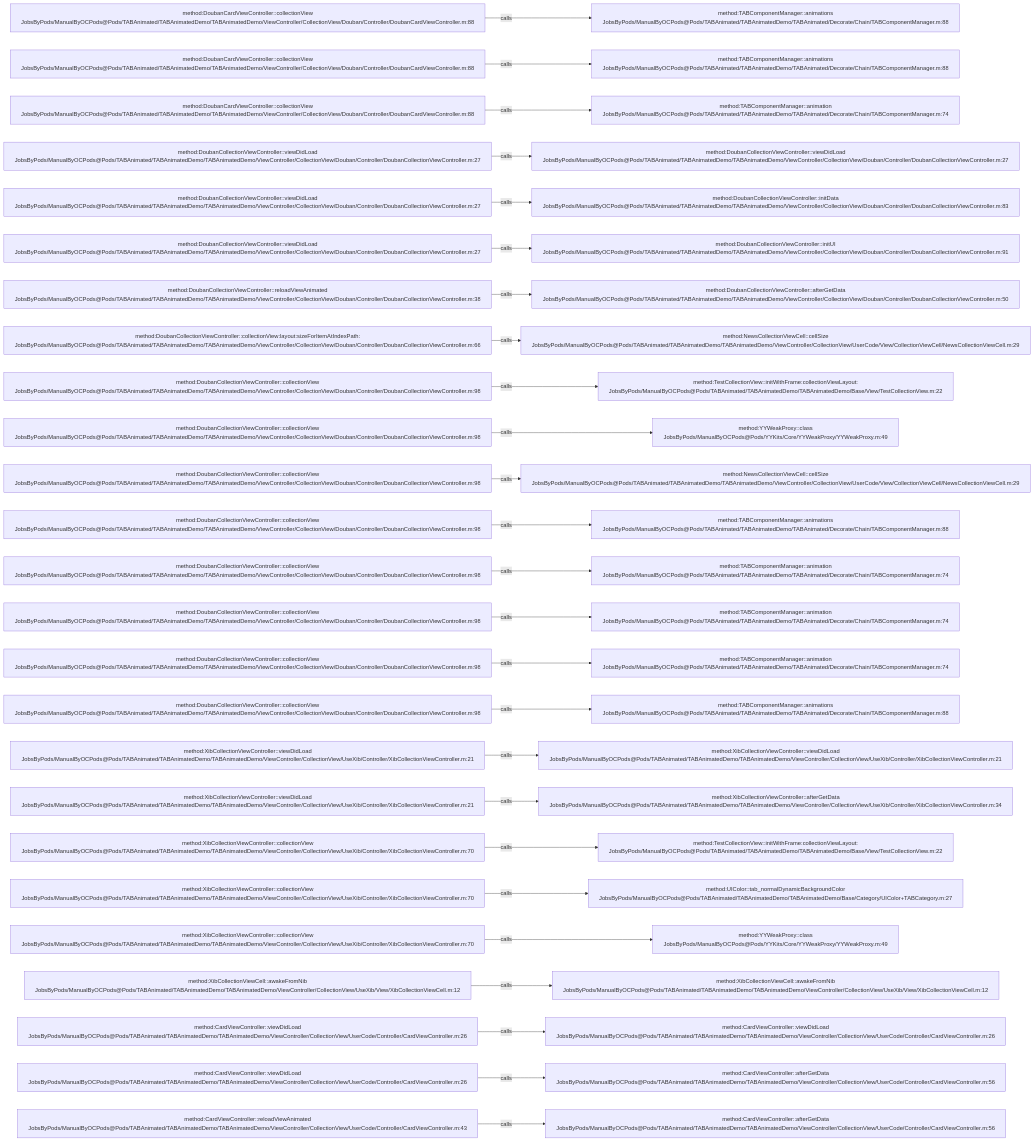
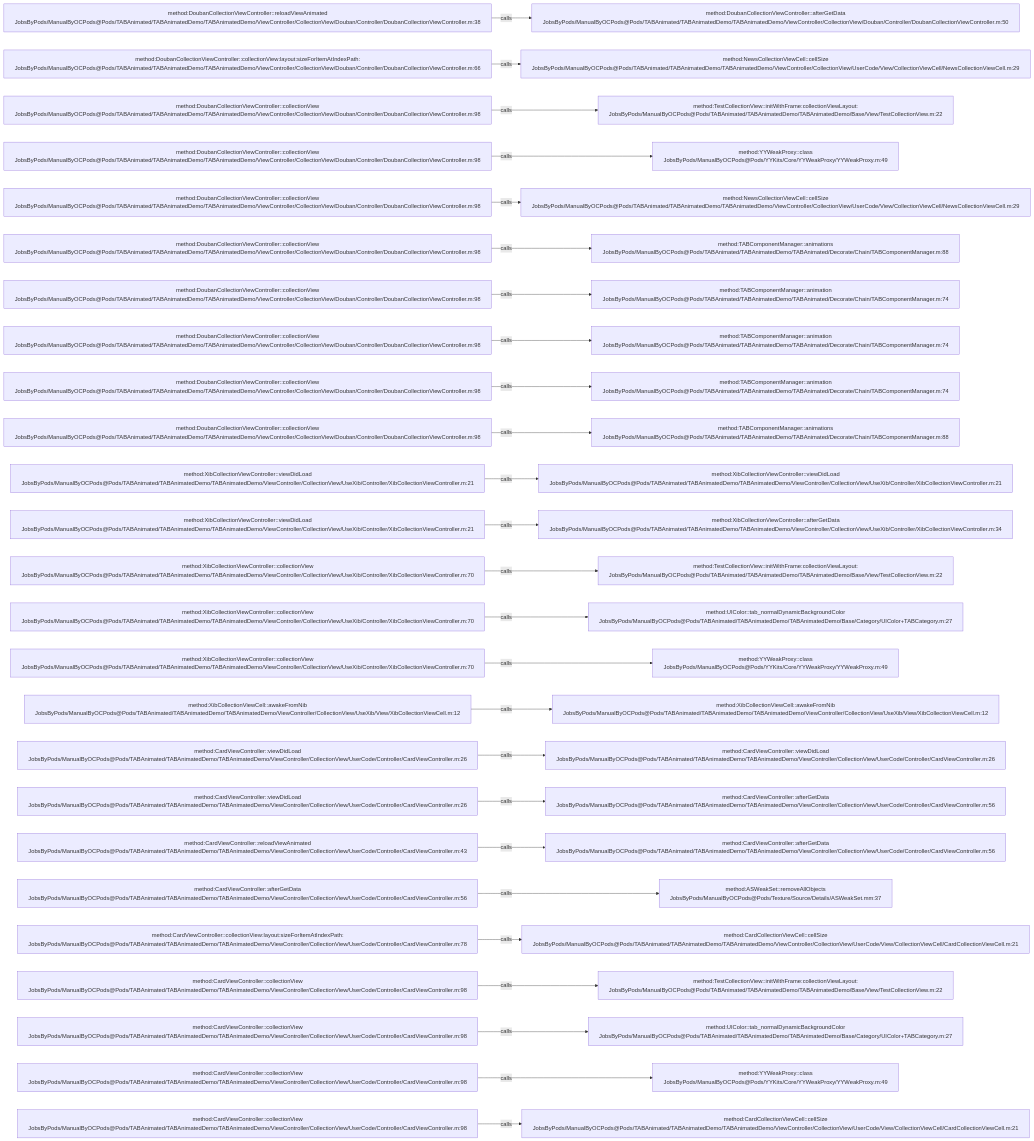
One commit to JobsKits/JobsOCBaseConfigDemo changed the diagram in .codegraph/codegraph.md/graphs/calls-041.md. Above: the diagram before and after it, drawn with Mermaid. The commit also changed 666 other files, not shown here.

````diff
--- a/.codegraph/codegraph.md/graphs/calls-041.md
+++ b/.codegraph/codegraph.md/graphs/calls-041.md
@@ -13,78 +13,78 @@
 ```mermaid
 flowchart LR
-  S1["method:DoubanCardViewController::collectionView<br/>JobsByPods/ManualByOCPods@Pods/TABAnimated/TABAnimatedDemo/TABAnimatedDemo/ViewController/CollectionView/Douban/Controller/DoubanCardViewController.m:88"]
-  T1["method:TABComponentManager::animations<br/>JobsByPods/ManualByOCPods@Pods/TABAnimated/TABAnimatedDemo/TABAnimated/Decorate/Chain/TABComponentManager.m:88"]
+  S1["method:DoubanCollectionViewController::reloadViewAnimated<br/>JobsByPods/ManualByOCPods@Pods/TABAnimated/TABAnimatedDemo/TABAnimatedDemo/ViewController/CollectionView/Douban/Controller/DoubanCollectionViewController.m:38"]
+  T1["method:DoubanCollectionViewController::afterGetData<br/>JobsByPods/ManualByOCPods@Pods/TABAnimated/TABAnimatedDemo/TABAnimatedDemo/ViewController/CollectionView/Douban/Controller/DoubanCollectionViewController.m:50"]
   S1 -->|calls| T1
-  S2["method:DoubanCardViewController::collectionView<br/>JobsByPods/ManualByOCPods@Pods/TABAnimated/TABAnimatedDemo/TABAnimatedDemo/ViewController/CollectionView/Douban/Controller/DoubanCardViewController.m:88"]
-  T2["method:TABComponentManager::animations<br/>JobsByPods/ManualByOCPods@Pods/TABAnimated/TABAnimatedDemo/TABAnimated/Decorate/Chain/TABComponentManager.m:88"]
+  S2["method:DoubanCollectionViewController::collectionView:layout:sizeForItemAtIndexPath:<br/>JobsByPods/ManualByOCPods@Pods/TABAnimated/TABAnimatedDemo/TABAnimatedDemo/ViewController/CollectionView/Douban/Controller/DoubanCollectionViewController.m:66"]
+  T2["method:NewsCollectionViewCell::cellSize<br/>JobsByPods/ManualByOCPods@Pods/TABAnimated/TABAnimatedDemo/TABAnimatedDemo/ViewController/CollectionView/UserCode/View/CollectionViewCell/NewsCollectionViewCell.m:29"]
   S2 -->|calls| T2
-  S3["method:DoubanCardViewController::collectionView<br/>JobsByPods/ManualByOCPods@Pods/TABAnimated/TABAnimatedDemo/TABAnimatedDemo/ViewController/CollectionView/Douban/Controller/DoubanCardViewController.m:88"]
-  T3["method:TABComponentManager::animation<br/>JobsByPods/ManualByOCPods@Pods/TABAnimated/TABAnimatedDemo/TABAnimated/Decorate/Chain/TABComponentManager.m:74"]
+  S3["method:DoubanCollectionViewController::collectionView<br/>JobsByPods/ManualByOCPods@Pods/TABAnimated/TABAnimatedDemo/TABAnimatedDemo/ViewController/CollectionView/Douban/Controller/DoubanCollectionViewController.m:98"]
+  T3["method:TestCollectionView::initWithFrame:collectionViewLayout:<br/>JobsByPods/ManualByOCPods@Pods/TABAnimated/TABAnimatedDemo/TABAnimatedDemo/Base/View/TestCollectionView.m:22"]
   S3 -->|calls| T3
-  S4["method:DoubanCollectionViewController::viewDidLoad<br/>JobsByPods/ManualByOCPods@Pods/TABAnimated/TABAnimatedDemo/TABAnimatedDemo/ViewController/CollectionView/Douban/Controller/DoubanCollectionViewController.m:27"]
-  T4["method:DoubanCollectionViewController::viewDidLoad<br/>JobsByPods/ManualByOCPods@Pods/TABAnimated/TABAnimatedDemo/TABAnimatedDemo/ViewController/CollectionView/Douban/Controller/DoubanCollectionViewController.m:27"]
+  S4["method:DoubanCollectionViewController::collectionView<br/>JobsByPods/ManualByOCPods@Pods/TABAnimated/TABAnimatedDemo/TABAnimatedDemo/ViewController/CollectionView/Douban/Controller/DoubanCollectionViewController.m:98"]
+  T4["method:YYWeakProxy::class<br/>JobsByPods/ManualByOCPods@Pods/YYKits/Core/YYWeakProxy/YYWeakProxy.m:49"]
   S4 -->|calls| T4
-  S5["method:DoubanCollectionViewController::viewDidLoad<br/>JobsByPods/ManualByOCPods@Pods/TABAnimated/TABAnimatedDemo/TABAnimatedDemo/ViewController/CollectionView/Douban/Controller/DoubanCollectionViewController.m:27"]
-  T5["method:DoubanCollectionViewController::initData<br/>JobsByPods/ManualByOCPods@Pods/TABAnimated/TABAnimatedDemo/TABAnimatedDemo/ViewController/CollectionView/Douban/Controller/DoubanCollectionViewController.m:83"]
+  S5["method:DoubanCollectionViewController::collectionView<br/>JobsByPods/ManualByOCPods@Pods/TABAnimated/TABAnimatedDemo/TABAnimatedDemo/ViewController/CollectionView/Douban/Controller/DoubanCollectionViewController.m:98"]
+  T5["method:NewsCollectionViewCell::cellSize<br/>JobsByPods/ManualByOCPods@Pods/TABAnimated/TABAnimatedDemo/TABAnimatedDemo/ViewController/CollectionView/UserCode/View/CollectionViewCell/NewsCollectionViewCell.m:29"]
   S5 -->|calls| T5
-  S6["method:DoubanCollectionViewController::viewDidLoad<br/>JobsByPods/ManualByOCPods@Pods/TABAnimated/TABAnimatedDemo/TABAnimatedDemo/ViewController/CollectionView/Douban/Controller/DoubanCollectionViewController.m:27"]
-  T6["method:DoubanCollectionViewController::initUI<br/>JobsByPods/ManualByOCPods@Pods/TABAnimated/TABAnimatedDemo/TABAnimatedDemo/ViewController/CollectionView/Douban/Controller/DoubanCollectionViewController.m:91"]
+  S6["method:DoubanCollectionViewController::collectionView<br/>JobsByPods/ManualByOCPods@Pods/TABAnimated/TABAnimatedDemo/TABAnimatedDemo/ViewController/CollectionView/Douban/Controller/DoubanCollectionViewController.m:98"]
+  T6["method:TABComponentManager::animations<br/>JobsByPods/ManualByOCPods@Pods/TABAnimated/TABAnimatedDemo/TABAnimated/Decorate/Chain/TABComponentManager.m:88"]
   S6 -->|calls| T6
-  S7["method:DoubanCollectionViewController::reloadViewAnimated<br/>JobsByPods/ManualByOCPods@Pods/TABAnimated/TABAnimatedDemo/TABAnimatedDemo/ViewController/CollectionView/Douban/Controller/DoubanCollectionViewController.m:38"]
-  T7["method:DoubanCollectionViewController::afterGetData<br/>JobsByPods/ManualByOCPods@Pods/TABAnimated/TABAnimatedDemo/TABAnimatedDemo/ViewController/CollectionView/Douban/Controller/DoubanCollectionViewController.m:50"]
+  S7["method:DoubanCollectionViewController::collectionView<br/>JobsByPods/ManualByOCPods@Pods/TABAnimated/TABAnimatedDemo/TABAnimatedDemo/ViewController/CollectionView/Douban/Controller/DoubanCollectionViewController.m:98"]
+  T7["method:TABComponentManager::animation<br/>JobsByPods/ManualByOCPods@Pods/TABAnimated/TABAnimatedDemo/TABAnimated/Decorate/Chain/TABComponentManager.m:74"]
   S7 -->|calls| T7
-  S8["method:DoubanCollectionViewController::collectionView:layout:sizeForItemAtIndexPath:<br/>JobsByPods/ManualByOCPods@Pods/TABAnimated/TABAnimatedDemo/TABAnimatedDemo/ViewController/CollectionView/Douban/Controller/DoubanCollectionViewController.m:66"]
-  T8["method:NewsCollectionViewCell::cellSize<br/>JobsByPods/ManualByOCPods@Pods/TABAnimated/TABAnimatedDemo/TABAnimatedDemo/ViewController/CollectionView/UserCode/View/CollectionViewCell/NewsCollectionViewCell.m:29"]
+  S8["method:DoubanCollectionViewController::collectionView<br/>JobsByPods/ManualByOCPods@Pods/TABAnimated/TABAnimatedDemo/TABAnimatedDemo/ViewController/CollectionView/Douban/Controller/DoubanCollectionViewController.m:98"]
+  T8["method:TABComponentManager::animation<br/>JobsByPods/ManualByOCPods@Pods/TABAnimated/TABAnimatedDemo/TABAnimated/Decorate/Chain/TABComponentManager.m:74"]
   S8 -->|calls| T8
   S9["method:DoubanCollectionViewController::collectionView<br/>JobsByPods/ManualByOCPods@Pods/TABAnimated/TABAnimatedDemo/TABAnimatedDemo/ViewController/CollectionView/Douban/Controller/DoubanCollectionViewController.m:98"]
-  T9["method:TestCollectionView::initWithFrame:collectionViewLayout:<br/>JobsByPods/ManualByOCPods@Pods/TABAnimated/TABAnimatedDemo/TABAnimatedDemo/Base/View/TestCollectionView.m:22"]
+  T9["method:TABComponentManager::animation<br/>JobsByPods/ManualByOCPods@Pods/TABAnimated/TABAnimatedDemo/TABAnimated/Decorate/Chain/TABComponentManager.m:74"]
   S9 -->|calls| T9
   S10["method:DoubanCollectionViewController::collectionView<br/>JobsByPods/ManualByOCPods@Pods/TABAnimated/TABAnimatedDemo/TABAnimatedDemo/ViewController/CollectionView/Douban/Controller/DoubanCollectionViewController.m:98"]
-  T10["method:YYWeakProxy::class<br/>JobsByPods/ManualByOCPods@Pods/YYKits/Core/YYWeakProxy/YYWeakProxy.m:49"]
+  T10["method:TABComponentManager::animations<br/>JobsByPods/ManualByOCPods@Pods/TABAnimated/TABAnimatedDemo/TABAnimated/Decorate/Chain/TABComponentManager.m:88"]
   S10 -->|calls| T10
-  S11["method:DoubanCollectionViewController::collectionView<br/>JobsByPods/ManualByOCPods@Pods/TABAnimated/TABAnimatedDemo/TABAnimatedDemo/ViewController/CollectionView/Douban/Controller/DoubanCollectionViewController.m:98"]
-  T11["method:NewsCollectionViewCell::cellSize<br/>JobsByPods/ManualByOCPods@Pods/TABAnimated/TABAnimatedDemo/TABAnimatedDemo/ViewController/CollectionView/UserCode/View/CollectionViewCell/NewsCollectionViewCell.m:29"]
+  S11["method:XibCollectionViewController::viewDidLoad<br/>JobsByPods/ManualByOCPods@Pods/TABAnimated/TABAnimatedDemo/TABAnimatedDemo/ViewController/CollectionView/UseXib/Controller/XibCollectionViewController.m:21"]
+  T11["method:XibCollectionViewController::viewDidLoad<br/>JobsByPods/ManualByOCPods@Pods/TABAnimated/TABAnimatedDemo/TABAnimatedDemo/ViewController/CollectionView/UseXib/Controller/XibCollectionViewController.m:21"]
   S11 -->|calls| T11
-  S12["method:DoubanCollectionViewController::collectionView<br/>JobsByPods/ManualByOCPods@Pods/TABAnimated/TABAnimatedDemo/TABAnimatedDemo/ViewController/CollectionView/Douban/Controller/DoubanCollectionViewController.m:98"]
-  T12["method:TABComponentManager::animations<br/>JobsByPods/ManualByOCPods@Pods/TABAnimated/TABAnimatedDemo/TABAnimated/Decorate/Chain/TABComponentManager.m:88"]
+  S12["method:XibCollectionViewController::viewDidLoad<br/>JobsByPods/ManualByOCPods@Pods/TABAnimated/TABAnimatedDemo/TABAnimatedDemo/ViewController/CollectionView/UseXib/Controller/XibCollectionViewController.m:21"]
+  T12["method:XibCollectionViewController::afterGetData<br/>JobsByPods/ManualByOCPods@Pods/TABAnimated/TABAnimatedDemo/TABAnimatedDemo/ViewController/CollectionView/UseXib/Controller/XibCollectionViewController.m:34"]
   S12 -->|calls| T12
-  S13["method:DoubanCollectionViewController::collectionView<br/>JobsByPods/ManualByOCPods@Pods/TABAnimated/TABAnimatedDemo/TABAnimatedDemo/ViewController/CollectionView/Douban/Controller/DoubanCollectionViewController.m:98"]
-  T13["method:TABComponentManager::animation<br/>JobsByPods/ManualByOCPods@Pods/TABAnimated/TABAnimatedDemo/TABAnimated/Decorate/Chain/TABComponentManager.m:74"]
+  S13["method:XibCollectionViewController::collectionView<br/>JobsByPods/ManualByOCPods@Pods/TABAnimated/TABAnimatedDemo/TABAnimatedDemo/ViewController/CollectionView/UseXib/Controller/XibCollectionViewController.m:70"]
+  T13["method:TestCollectionView::initWithFrame:collectionViewLayout:<br/>JobsByPods/ManualByOCPods@Pods/TABAnimated/TABAnimatedDemo/TABAnimatedDemo/Base/View/TestCollectionView.m:22"]
   S13 -->|calls| T13
-  S14["method:DoubanCollectionViewController::collectionView<br/>JobsByPods/ManualByOCPods@Pods/TABAnimated/TABAnimatedDemo/TABAnimatedDemo/ViewController/CollectionView/Douban/Controller/DoubanCollectionViewController.m:98"]
-  T14["method:TABComponentManager::animation<br/>JobsByPods/ManualByOCPods@Pods/TABAnimated/TABAnimatedDemo/TABAnimated/Decorate/Chain/TABComponentManager.m:74"]
+  S14["method:XibCollectionViewController::collectionView<br/>JobsByPods/ManualByOCPods@Pods/TABAnimated/TABAnimatedDemo/TABAnimatedDemo/ViewController/CollectionView/UseXib/Controller/XibCollectionViewController.m:70"]
+  T14["method:UIColor::tab_normalDynamicBackgroundColor<br/>JobsByPods/ManualByOCPods@Pods/TABAnimated/TABAnimatedDemo/TABAnimatedDemo/Base/Category/UIColor+TABCategory.m:27"]
   S14 -->|calls| T14
-  S15["method:DoubanCollectionViewController::collectionView<br/>JobsByPods/ManualByOCPods@Pods/TABAnimated/TABAnimatedDemo/TABAnimatedDemo/ViewController/CollectionView/Douban/Controller/DoubanCollectionViewController.m:98"]
-  T15["method:TABComponentManager::animation<br/>JobsByPods/ManualByOCPods@Pods/TABAnimated/TABAnimatedDemo/TABAnimated/Decorate/Chain/TABComponentManager.m:74"]
+  S15["method:XibCollectionViewController::collectionView<br/>JobsByPods/ManualByOCPods@Pods/TABAnimated/TABAnimatedDemo/TABAnimatedDemo/ViewController/CollectionView/UseXib/Controller/XibCollectionViewController.m:70"]
+  T15["method:YYWeakProxy::class<br/>JobsByPods/ManualByOCPods@Pods/YYKits/Core/YYWeakProxy/YYWeakProxy.m:49"]
   S15 -->|calls| T15
-  S16["method:DoubanCollectionViewController::collectionView<br/>JobsByPods/ManualByOCPods@Pods/TABAnimated/TABAnimatedDemo/TABAnimatedDemo/ViewController/CollectionView/Douban/Controller/DoubanCollectionViewController.m:98"]
-  T16["method:TABComponentManager::animations<br/>JobsByPods/ManualByOCPods@Pods/TABAnimated/TABAnimatedDemo/TABAnimated/Decorate/Chain/TABComponentManager.m:88"]
+  S16["method:XibCollectionViewCell::awakeFromNib<br/>JobsByPods/ManualByOCPods@Pods/TABAnimated/TABAnimatedDemo/TABAnimatedDemo/ViewController/CollectionView/UseXib/View/XibCollectionViewCell.m:12"]
+  T16["method:XibCollectionViewCell::awakeFromNib<br/>JobsByPods/ManualByOCPods@Pods/TABAnimated/TABAnimatedDemo/TABAnimatedDemo/ViewController/CollectionView/UseXib/View/XibCollectionViewCell.m:12"]
   S16 -->|calls| T16
-  S17["method:XibCollectionViewController::viewDidLoad<br/>JobsByPods/ManualByOCPods@Pods/TABAnimated/TABAnimatedDemo/TABAnimatedDemo/ViewController/CollectionView/UseXib/Controller/XibCollectionViewController.m:21"]
-  T17["method:XibCollectionViewController::viewDidLoad<br/>JobsByPods/ManualByOCPods@Pods/TABAnimated/TABAnimatedDemo/TABAnimatedDemo/ViewController/CollectionView/UseXib/Controller/XibCollectionViewController.m:21"]
+  S17["method:CardViewController::viewDidLoad<br/>JobsByPods/ManualByOCPods@Pods/TABAnimated/TABAnimatedDemo/TABAnimatedDemo/ViewController/CollectionView/UserCode/Controller/CardViewController.m:26"]
+  T17["method:CardViewController::viewDidLoad<br/>JobsByPods/ManualByOCPods@Pods/TABAnimated/TABAnimatedDemo/TABAnimatedDemo/ViewController/CollectionView/UserCode/Controller/CardViewController.m:26"]
   S17 -->|calls| T17
-  S18["method:XibCollectionViewController::viewDidLoad<br/>JobsByPods/ManualByOCPods@Pods/TABAnimated/TABAnimatedDemo/TABAnimatedDemo/ViewController/CollectionView/UseXib/Controller/XibCollectionViewController.m:21"]
-  T18["method:XibCollectionViewController::afterGetData<br/>JobsByPods/ManualByOCPods@Pods/TABAnimated/TABAnimatedDemo/TABAnimatedDemo/ViewController/CollectionView/UseXib/Controller/XibCollectionViewController.m:34"]
+  S18["method:CardViewController::viewDidLoad<br/>JobsByPods/ManualByOCPods@Pods/TABAnimated/TABAnimatedDemo/TABAnimatedDemo/ViewController/CollectionView/UserCode/Controller/CardViewController.m:26"]
+  T18["method:CardViewController::afterGetData<br/>JobsByPods/ManualByOCPods@Pods/TABAnimated/TABAnimatedDemo/TABAnimatedDemo/ViewController/CollectionView/UserCode/Controller/CardViewController.m:56"]
   S18 -->|calls| T18
-  S19["method:XibCollectionViewController::collectionView<br/>JobsByPods/ManualByOCPods@Pods/TABAnimated/TABAnimatedDemo/TABAnimatedDemo/ViewController/CollectionView/UseXib/Controller/XibCollectionViewController.m:70"]
-  T19["method:TestCollectionView::initWithFrame:collectionViewLayout:<br/>JobsByPods/ManualByOCPods@Pods/TABAnimated/TABAnimatedDemo/TABAnimatedDemo/Base/View/TestCollectionView.m:22"]
+  S19["method:CardViewController::reloadViewAnimated<br/>JobsByPods/ManualByOCPods@Pods/TABAnimated/TABAnimatedDemo/TABAnimatedDemo/ViewController/CollectionView/UserCode/Controller/CardViewController.m:43"]
+  T19["method:CardViewController::afterGetData<br/>JobsByPods/ManualByOCPods@Pods/TABAnimated/TABAnimatedDemo/TABAnimatedDemo/ViewController/CollectionView/UserCode/Controller/CardViewController.m:56"]
   S19 -->|calls| T19
-  S20["method:XibCollectionViewController::collectionView<br/>JobsByPods/ManualByOCPods@Pods/TABAnimated/TABAnimatedDemo/TABAnimatedDemo/ViewController/CollectionView/UseXib/Controller/XibCollectionViewController.m:70"]
-  T20["method:UIColor::tab_normalDynamicBackgroundColor<br/>JobsByPods/ManualByOCPods@Pods/TABAnimated/TABAnimatedDemo/TABAnimatedDemo/Base/Category/UIColor+TABCategory.m:27"]
+  S20["method:CardViewController::afterGetData<br/>JobsByPods/ManualByOCPods@Pods/TABAnimated/TABAnimatedDemo/TABAnimatedDemo/ViewController/CollectionView/UserCode/Controller/CardViewController.m:56"]
+  T20["method:ASWeakSet::removeAllObjects<br/>JobsByPods/ManualByOCPods@Pods/Texture/Source/Details/ASWeakSet.mm:37"]
   S20 -->|calls| T20
-  S21["method:XibCollectionViewController::collectionView<br/>JobsByPods/ManualByOCPods@Pods/TABAnimated/TABAnimatedDemo/TABAnimatedDemo/ViewController/CollectionView/UseXib/Controller/XibCollectionViewController.m:70"]
-  T21["method:YYWeakProxy::class<br/>JobsByPods/ManualByOCPods@Pods/YYKits/Core/YYWeakProxy/YYWeakProxy.m:49"]
+  S21["method:CardViewController::collectionView:layout:sizeForItemAtIndexPath:<br/>JobsByPods/ManualByOCPods@Pods/TABAnimated/TABAnimatedDemo/TABAnimatedDemo/ViewController/CollectionView/UserCode/Controller/CardViewController.m:78"]
+  T21["method:CardCollectionViewCell::cellSize<br/>JobsByPods/ManualByOCPods@Pods/TABAnimated/TABAnimatedDemo/TABAnimatedDemo/ViewController/CollectionView/UserCode/View/CollectionViewCell/CardCollectionViewCell.m:21"]
   S21 -->|calls| T21
-  S22["method:XibCollectionViewCell::awakeFromNib<br/>JobsByPods/ManualByOCPods@Pods/TABAnimated/TABAnimatedDemo/TABAnimatedDemo/ViewController/CollectionView/UseXib/View/XibCollectionViewCell.m:12"]
-  T22["method:XibCollectionViewCell::awakeFromNib<br/>JobsByPods/ManualByOCPods@Pods/TABAnimated/TABAnimatedDemo/TABAnimatedDemo/ViewController/CollectionView/UseXib/View/XibCollectionViewCell.m:12"]
+  S22["method:CardViewController::collectionView<br/>JobsByPods/ManualByOCPods@Pods/TABAnimated/TABAnimatedDemo/TABAnimatedDemo/ViewController/CollectionView/UserCode/Controller/CardViewController.m:98"]
+  T22["method:TestCollectionView::initWithFrame:collectionViewLayout:<br/>JobsByPods/ManualByOCPods@Pods/TABAnimated/TABAnimatedDemo/TABAnimatedDemo/Base/View/TestCollectionView.m:22"]
   S22 -->|calls| T22
-  S23["method:CardViewController::viewDidLoad<br/>JobsByPods/ManualByOCPods@Pods/TABAnimated/TABAnimatedDemo/TABAnimatedDemo/ViewController/CollectionView/UserCode/Controller/CardViewController.m:26"]
-  T23["method:CardViewController::viewDidLoad<br/>JobsByPods/ManualByOCPods@Pods/TABAnimated/TABAnimatedDemo/TABAnimatedDemo/ViewController/CollectionView/UserCode/Controller/CardViewController.m:26"]
+  S23["method:CardViewController::collectionView<br/>JobsByPods/ManualByOCPods@Pods/TABAnimated/TABAnimatedDemo/TABAnimatedDemo/ViewController/CollectionView/UserCode/Controller/CardViewController.m:98"]
+  T23["method:UIColor::tab_normalDynamicBackgroundColor<br/>JobsByPods/ManualByOCPods@Pods/TABAnimated/TABAnimatedDemo/TABAnimatedDemo/Base/Category/UIColor+TABCategory.m:27"]
   S23 -->|calls| T23
-  S24["method:CardViewController::viewDidLoad<br/>JobsByPods/ManualByOCPods@Pods/TABAnimated/TABAnimatedDemo/TABAnimatedDemo/ViewController/CollectionView/UserCode/Controller/CardViewController.m:26"]
-  T24["method:CardViewController::afterGetData<br/>JobsByPods/ManualByOCPods@Pods/TABAnimated/TABAnimatedDemo/TABAnimatedDemo/ViewController/CollectionView/UserCode/Controller/CardViewController.m:56"]
+  S24["method:CardViewController::collectionView<br/>JobsByPods/ManualByOCPods@Pods/TABAnimated/TABAnimatedDemo/TABAnimatedDemo/ViewController/CollectionView/UserCode/Controller/CardViewController.m:98"]
+  T24["method:YYWeakProxy::class<br/>JobsByPods/ManualByOCPods@Pods/YYKits/Core/YYWeakProxy/YYWeakProxy.m:49"]
   S24 -->|calls| T24
-  S25["method:CardViewController::reloadViewAnimated<br/>JobsByPods/ManualByOCPods@Pods/TABAnimated/TABAnimatedDemo/TABAnimatedDemo/ViewController/CollectionView/UserCode/Controller/CardViewController.m:43"]
-  T25["method:CardViewController::afterGetData<br/>JobsByPods/ManualByOCPods@Pods/TABAnimated/TABAnimatedDemo/TABAnimatedDemo/ViewController/CollectionView/UserCode/Controller/CardViewController.m:56"]
+  S25["method:CardViewController::collectionView<br/>JobsByPods/ManualByOCPods@Pods/TABAnimated/TABAnimatedDemo/TABAnimatedDemo/ViewController/CollectionView/UserCode/Controller/CardViewController.m:98"]
+  T25["method:CardCollectionViewCell::cellSize<br/>JobsByPods/ManualByOCPods@Pods/TABAnimated/TABAnimatedDemo/TABAnimatedDemo/ViewController/CollectionView/UserCode/View/CollectionViewCell/CardCollectionViewCell.m:21"]
   S25 -->|calls| T25
 ```
````
